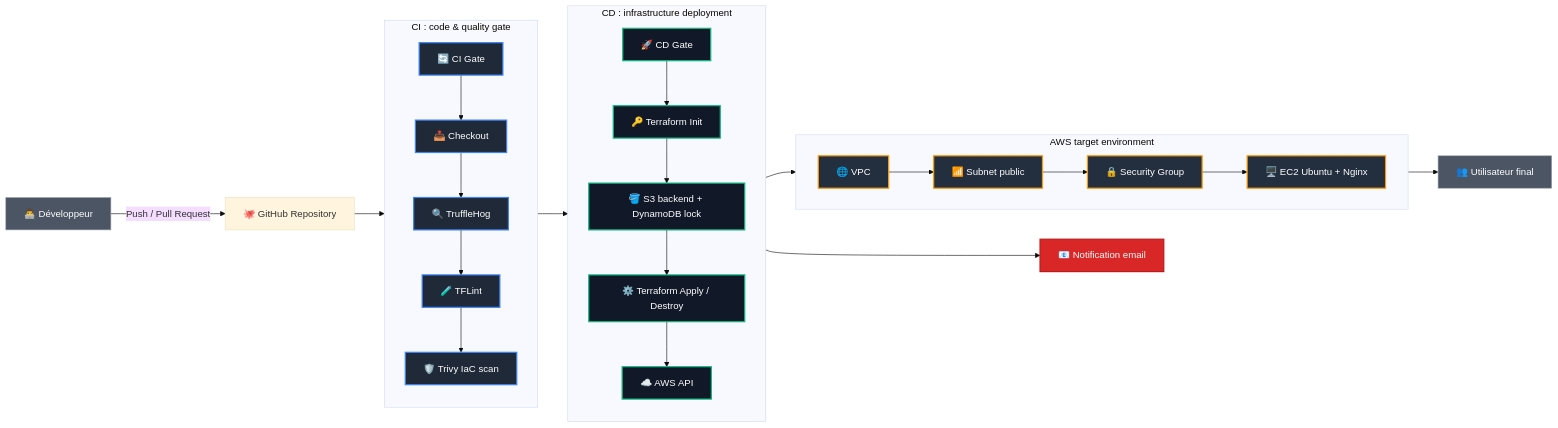
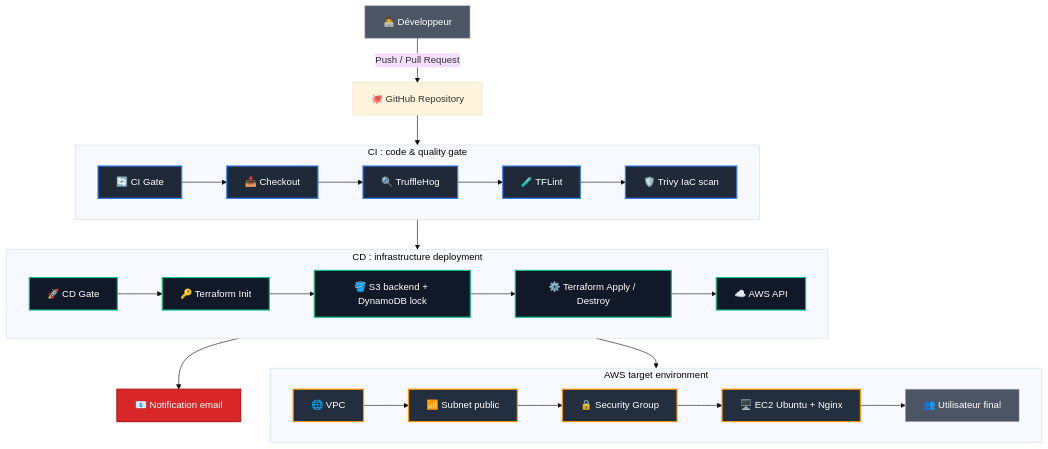
Before and after one commit to mawed44/terraform_aws: the diagram in README.md, drawn with Mermaid (base theme).

````diff
--- a/README.md
+++ b/README.md
@@ -52,45 +52,38 @@
 ```mermaid
-flowchart LR
+flowchart TB
     Dev[👨‍💻 Développeur] -->|Push / Pull Request| GH[🐙 GitHub Repository]
-    GH --> CI0[🔄 CI Gate]
+    GH --> CI0
 
     subgraph CI["CI : code & quality gate"]
-        direction TB
-        CI0 --> CI1[📥 Checkout]
-        CI1 --> CI2[🔍 TruffleHog]
-        CI2 --> CI3[🧪 TFLint]
-        CI3 --> CI4[🛡️ Trivy IaC scan]
+        direction LR
+        CI0[🔄 CI Gate] --> CI1[📥 Checkout] --> CI2[🔍 TruffleHog] --> CI3[🧪 TFLint] --> CI4[🛡️ Trivy IaC scan]
     end
 
-    CI4 --> CD0[🚀 CD Gate]
+    CI4 --> CD0
 
     subgraph CD["CD : infrastructure deployment"]
-        direction TB
-        CD0 --> CD1[🔑 Terraform Init]
-        CD1 --> CD2[🪣 S3 backend + DynamoDB lock]
-        CD2 --> CD3[⚙️ Terraform Apply / Destroy]
-        CD3 --> CD4[☁️ AWS API]
+        direction LR
+        CD0[🚀 CD Gate] --> CD1[🔑 Terraform Init] --> CD2[🪣 S3 backend + DynamoDB lock] --> CD3[⚙️ Terraform Apply / Destroy] --> CD4[☁️ AWS API]
     end
 
     CD4 --> AWS0
 
     subgraph AWS["AWS target environment"]
         direction LR
-        AWS0[🌐 VPC] --> AWS1[📶 Subnet public] --> AWS2[🔒 Security Group] --> AWS3[🖥️ EC2 Ubuntu + Nginx]
+        AWS0[🌐 VPC] --> AWS1[📶 Subnet public] --> AWS2[🔒 Security Group] --> AWS3[🖥️ EC2 Ubuntu + Nginx] --> User[👥 Utilisateur final]
     end
 
-    AWS3 --> User[👥 Utilisateur final]
     CD3 --> Mail[📧 Notification email]
 
     classDef ciStyle fill:#1f2937,stroke:#3b82f6,stroke-width:2px,color:#fff;
     classDef cdStyle fill:#111827,stroke:#10b981,stroke-width:2px,color:#fff;
     classDef awsStyle fill:#232f3e,stroke:#ff9900,stroke-width:2px,color:#fff;
     classDef devStyle fill:#4b5563,stroke:#9ca3af,stroke-width:1px,color:#fff;
     classDef mailStyle fill:#d92727,stroke:#b91c1c,stroke-width:2px,color:#fff;
 
     class Dev,User devStyle;
     class CI0,CI1,CI2,CI3,CI4 ciStyle;
     class CD0,CD1,CD2,CD3,CD4 cdStyle;
     class AWS0,AWS1,AWS2,AWS3 awsStyle;
     class Mail mailStyle;
 ```
````
